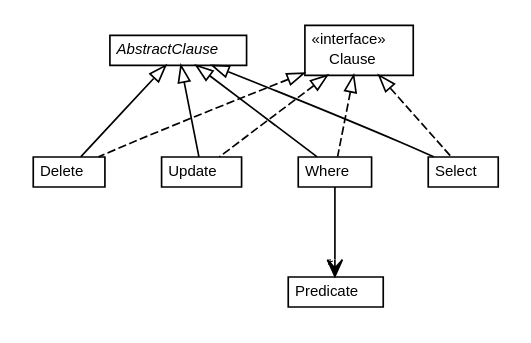
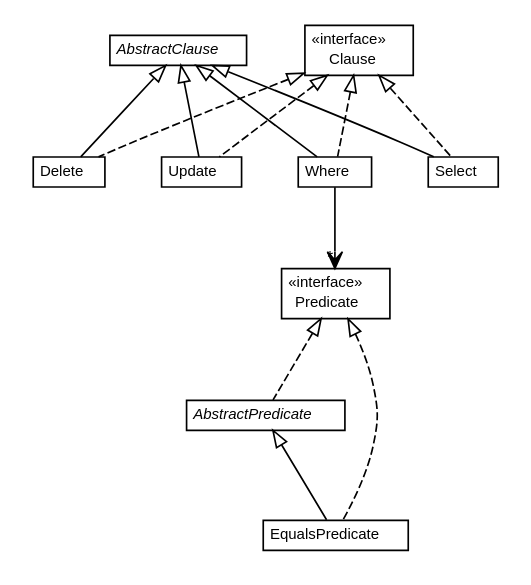
Before and after one commit to willmorejg/net.ljcomputing.sql: the diagram in docs/javadoc/apidocs/net/ljcomputing/sql/clause/net.ljcomputing.sql.clause.dot, drawn with Graphviz. The commit also changed 147 other files, not shown here.

```diff
--- a/docs/javadoc/apidocs/net/ljcomputing/sql/clause/net.ljcomputing.sql.clause.dot
+++ b/docs/javadoc/apidocs/net/ljcomputing/sql/clause/net.ljcomputing.sql.clause.dot
@@ -1,73 +1,92 @@
 #!/usr/local/bin/dot
 #
 # Class diagram 
 # Generated by UMLGraph version R5_6 (http://www.umlgraph.org/)
 #
 
 digraph G {
 	edge [fontname="Helvetica",fontsize=10,labelfontname="Helvetica",labelfontsize=10];
 	node [fontname="Helvetica",fontsize=10,shape=plaintext];
 	nodesep=0.25;
 	ranksep=0.5;
+	// net.ljcomputing.sql.clause.AbstractPredicate
+	c0 [label=<<table title="net.ljcomputing.sql.clause.AbstractPredicate" border="0" cellborder="1" cellspacing="0" cellpadding="2" port="p" href="./AbstractPredicate.html">
+		<tr><td><table border="0" cellspacing="0" cellpadding="1">
+<tr><td align="center" balign="center"><font face="Helvetica-Oblique"> AbstractPredicate </font></td></tr>
+		</table></td></tr>
+		</table>>, URL="./AbstractPredicate.html", fontname="Helvetica", fontcolor="black", fontsize=9.0];
 	// net.ljcomputing.sql.clause.AbstractClause
-	c0 [label=<<table title="net.ljcomputing.sql.clause.AbstractClause" border="0" cellborder="1" cellspacing="0" cellpadding="2" port="p" href="./AbstractClause.html">
+	c1 [label=<<table title="net.ljcomputing.sql.clause.AbstractClause" border="0" cellborder="1" cellspacing="0" cellpadding="2" port="p" href="./AbstractClause.html">
 		<tr><td><table border="0" cellspacing="0" cellpadding="1">
 <tr><td align="center" balign="center"><font face="Helvetica-Oblique"> AbstractClause </font></td></tr>
 		</table></td></tr>
 		</table>>, URL="./AbstractClause.html", fontname="Helvetica", fontcolor="black", fontsize=9.0];
 	// net.ljcomputing.sql.clause.Where
-	c1 [label=<<table title="net.ljcomputing.sql.clause.Where" border="0" cellborder="1" cellspacing="0" cellpadding="2" port="p" href="./Where.html">
+	c2 [label=<<table title="net.ljcomputing.sql.clause.Where" border="0" cellborder="1" cellspacing="0" cellpadding="2" port="p" href="./Where.html">
 		<tr><td><table border="0" cellspacing="0" cellpadding="1">
 <tr><td align="center" balign="center"> Where </td></tr>
 		</table></td></tr>
 		</table>>, URL="./Where.html", fontname="Helvetica", fontcolor="black", fontsize=9.0];
 	// net.ljcomputing.sql.clause.Select
-	c2 [label=<<table title="net.ljcomputing.sql.clause.Select" border="0" cellborder="1" cellspacing="0" cellpadding="2" port="p" href="./Select.html">
+	c3 [label=<<table title="net.ljcomputing.sql.clause.Select" border="0" cellborder="1" cellspacing="0" cellpadding="2" port="p" href="./Select.html">
 		<tr><td><table border="0" cellspacing="0" cellpadding="1">
 <tr><td align="center" balign="center"> Select </td></tr>
 		</table></td></tr>
 		</table>>, URL="./Select.html", fontname="Helvetica", fontcolor="black", fontsize=9.0];
 	// net.ljcomputing.sql.clause.Clause
-	c3 [label=<<table title="net.ljcomputing.sql.clause.Clause" border="0" cellborder="1" cellspacing="0" cellpadding="2" port="p" href="./Clause.html">
+	c4 [label=<<table title="net.ljcomputing.sql.clause.Clause" border="0" cellborder="1" cellspacing="0" cellpadding="2" port="p" href="./Clause.html">
 		<tr><td><table border="0" cellspacing="0" cellpadding="1">
 <tr><td align="center" balign="center"> &#171;interface&#187; </td></tr>
 <tr><td align="center" balign="center"> Clause </td></tr>
 		</table></td></tr>
 		</table>>, URL="./Clause.html", fontname="Helvetica", fontcolor="black", fontsize=9.0];
+	// net.ljcomputing.sql.clause.EqualsPredicate
+	c5 [label=<<table title="net.ljcomputing.sql.clause.EqualsPredicate" border="0" cellborder="1" cellspacing="0" cellpadding="2" port="p" href="./EqualsPredicate.html">
+		<tr><td><table border="0" cellspacing="0" cellpadding="1">
+<tr><td align="center" balign="center"> EqualsPredicate </td></tr>
+		</table></td></tr>
+		</table>>, URL="./EqualsPredicate.html", fontname="Helvetica", fontcolor="black", fontsize=9.0];
 	// net.ljcomputing.sql.clause.Predicate
-	c4 [label=<<table title="net.ljcomputing.sql.clause.Predicate" border="0" cellborder="1" cellspacing="0" cellpadding="2" port="p" href="./Predicate.html">
+	c6 [label=<<table title="net.ljcomputing.sql.clause.Predicate" border="0" cellborder="1" cellspacing="0" cellpadding="2" port="p" href="./Predicate.html">
 		<tr><td><table border="0" cellspacing="0" cellpadding="1">
+<tr><td align="center" balign="center"> &#171;interface&#187; </td></tr>
 <tr><td align="center" balign="center"> Predicate </td></tr>
 		</table></td></tr>
 		</table>>, URL="./Predicate.html", fontname="Helvetica", fontcolor="black", fontsize=9.0];
 	// net.ljcomputing.sql.clause.Delete
-	c5 [label=<<table title="net.ljcomputing.sql.clause.Delete" border="0" cellborder="1" cellspacing="0" cellpadding="2" port="p" href="./Delete.html">
+	c7 [label=<<table title="net.ljcomputing.sql.clause.Delete" border="0" cellborder="1" cellspacing="0" cellpadding="2" port="p" href="./Delete.html">
 		<tr><td><table border="0" cellspacing="0" cellpadding="1">
 <tr><td align="center" balign="center"> Delete </td></tr>
 		</table></td></tr>
 		</table>>, URL="./Delete.html", fontname="Helvetica", fontcolor="black", fontsize=9.0];
 	// net.ljcomputing.sql.clause.Update
-	c6 [label=<<table title="net.ljcomputing.sql.clause.Update" border="0" cellborder="1" cellspacing="0" cellpadding="2" port="p" href="./Update.html">
+	c8 [label=<<table title="net.ljcomputing.sql.clause.Update" border="0" cellborder="1" cellspacing="0" cellpadding="2" port="p" href="./Update.html">
 		<tr><td><table border="0" cellspacing="0" cellpadding="1">
 <tr><td align="center" balign="center"> Update </td></tr>
 		</table></td></tr>
 		</table>>, URL="./Update.html", fontname="Helvetica", fontcolor="black", fontsize=9.0];
+	//net.ljcomputing.sql.clause.AbstractPredicate implements net.ljcomputing.sql.clause.Predicate
+	c6:p -> c0:p [dir=back,arrowtail=empty,style=dashed];
 	//net.ljcomputing.sql.clause.Where extends net.ljcomputing.sql.clause.AbstractClause
-	c0:p -> c1:p [dir=back,arrowtail=empty];
+	c1:p -> c2:p [dir=back,arrowtail=empty];
 	//net.ljcomputing.sql.clause.Where implements net.ljcomputing.sql.clause.Clause
-	c3:p -> c1:p [dir=back,arrowtail=empty,style=dashed];
+	c4:p -> c2:p [dir=back,arrowtail=empty,style=dashed];
 	//net.ljcomputing.sql.clause.Select extends net.ljcomputing.sql.clause.AbstractClause
-	c0:p -> c2:p [dir=back,arrowtail=empty];
+	c1:p -> c3:p [dir=back,arrowtail=empty];
 	//net.ljcomputing.sql.clause.Select implements net.ljcomputing.sql.clause.Clause
-	c3:p -> c2:p [dir=back,arrowtail=empty,style=dashed];
+	c4:p -> c3:p [dir=back,arrowtail=empty,style=dashed];
+	//net.ljcomputing.sql.clause.EqualsPredicate extends net.ljcomputing.sql.clause.AbstractPredicate
+	c0:p -> c5:p [dir=back,arrowtail=empty];
+	//net.ljcomputing.sql.clause.EqualsPredicate implements net.ljcomputing.sql.clause.Predicate
+	c6:p -> c5:p [dir=back,arrowtail=empty,style=dashed];
 	//net.ljcomputing.sql.clause.Delete extends net.ljcomputing.sql.clause.AbstractClause
-	c0:p -> c5:p [dir=back,arrowtail=empty];
+	c1:p -> c7:p [dir=back,arrowtail=empty];
 	//net.ljcomputing.sql.clause.Delete implements net.ljcomputing.sql.clause.Clause
-	c3:p -> c5:p [dir=back,arrowtail=empty,style=dashed];
+	c4:p -> c7:p [dir=back,arrowtail=empty,style=dashed];
 	//net.ljcomputing.sql.clause.Update extends net.ljcomputing.sql.clause.AbstractClause
-	c0:p -> c6:p [dir=back,arrowtail=empty];
+	c1:p -> c8:p [dir=back,arrowtail=empty];
 	//net.ljcomputing.sql.clause.Update implements net.ljcomputing.sql.clause.Clause
-	c3:p -> c6:p [dir=back,arrowtail=empty,style=dashed];
+	c4:p -> c8:p [dir=back,arrowtail=empty,style=dashed];
 	// net.ljcomputing.sql.clause.Where NAVASSOC net.ljcomputing.sql.clause.Predicate
-	c1:p -> c4:p [taillabel="", label="", headlabel="*", fontname="Helvetica", fontcolor="black", fontsize=10.0, color="black", arrowhead=open];
+	c2:p -> c6:p [taillabel="", label="", headlabel="*", fontname="Helvetica", fontcolor="black", fontsize=10.0, color="black", arrowhead=open];
 }
```
